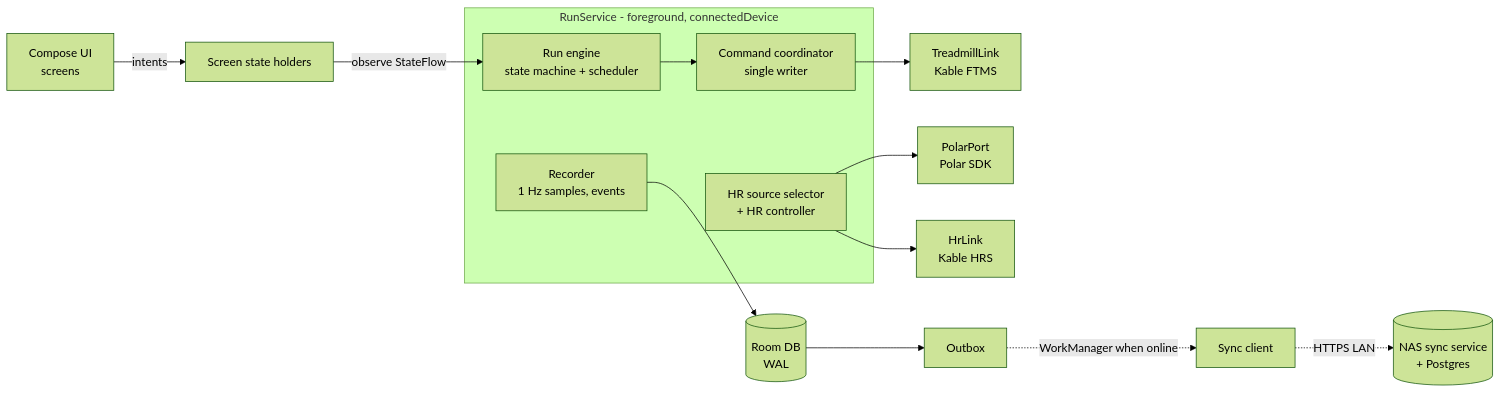
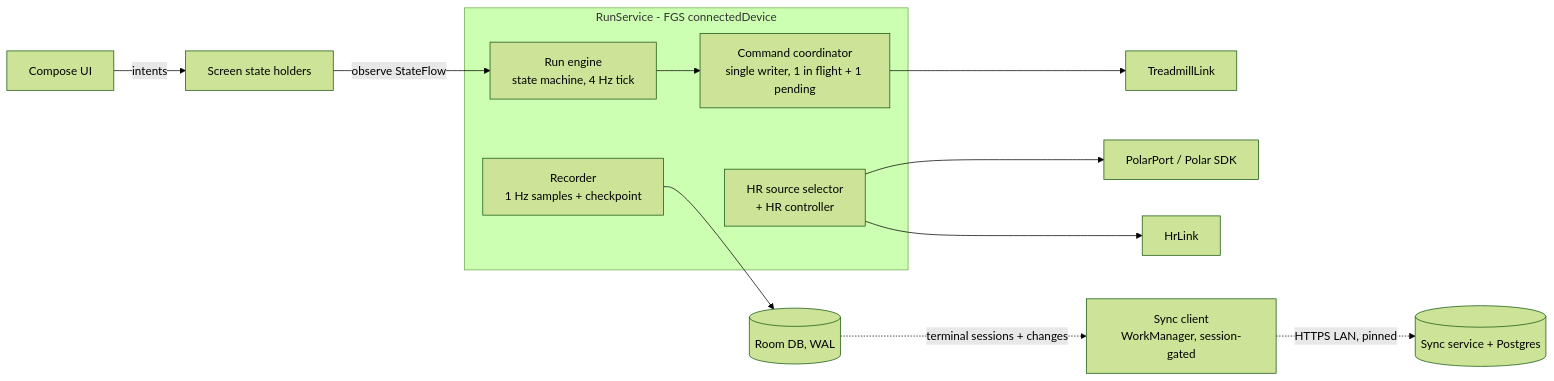
Before and after one commit to Belgian-Coder/treadmill-runner: the diagram in docs/project/rewrite/android-rewrite-plan.md, drawn with Mermaid (forest theme). The commit also changed other lines of this file, not shown here.

````diff
--- a/docs/project/rewrite/android-rewrite-plan.md
+++ b/docs/project/rewrite/android-rewrite-plan.md
@@ -149,17 +168,17 @@
 ```mermaid
 flowchart LR
-  UI[Compose UI\nscreens] -- intents --> VM[Screen state holders]
+  UI[Compose UI] -- intents --> VM[Screen state holders]
   VM -- observe StateFlow --> ENG
-  subgraph FGS[RunService - foreground, connectedDevice]
-    ENG[Run engine\nstate machine + scheduler]
-    CMD[Command coordinator\nsingle writer]
+  subgraph FGS[RunService - FGS connectedDevice]
+    ENG[Run engine\nstate machine, 4 Hz tick]
+    CMD[Command coordinator\nsingle writer, 1 in flight + 1 pending]
     HRSEL[HR source selector\n+ HR controller]
-    REC[Recorder\n1 Hz samples, events]
+    REC[Recorder\n1 Hz samples + checkpoint]
   end
-  ENG --> CMD --> TL[TreadmillLink\nKable FTMS]
-  HRSEL --> PL[PolarPort\nPolar SDK]
-  HRSEL --> HL[HrLink\nKable HRS]
-  REC --> DB[(Room DB\nWAL)]
-  DB --> OUT[Outbox]
-  OUT -. WorkManager when online .-> SYNC[Sync client] -. HTTPS LAN .-> NAS[(NAS sync service\n+ Postgres)]
+  ENG --> CMD --> TL[TreadmillLink]
+  HRSEL --> PL[PolarPort / Polar SDK]
+  HRSEL --> HL[HrLink]
+  REC --> DB[(Room DB, WAL)]
+  DB -. terminal sessions + changes .-> SYNC[Sync client\nWorkManager, session-gated]
+  SYNC -. HTTPS LAN, pinned .-> NAS[(Sync service + Postgres)]
 ```
````
